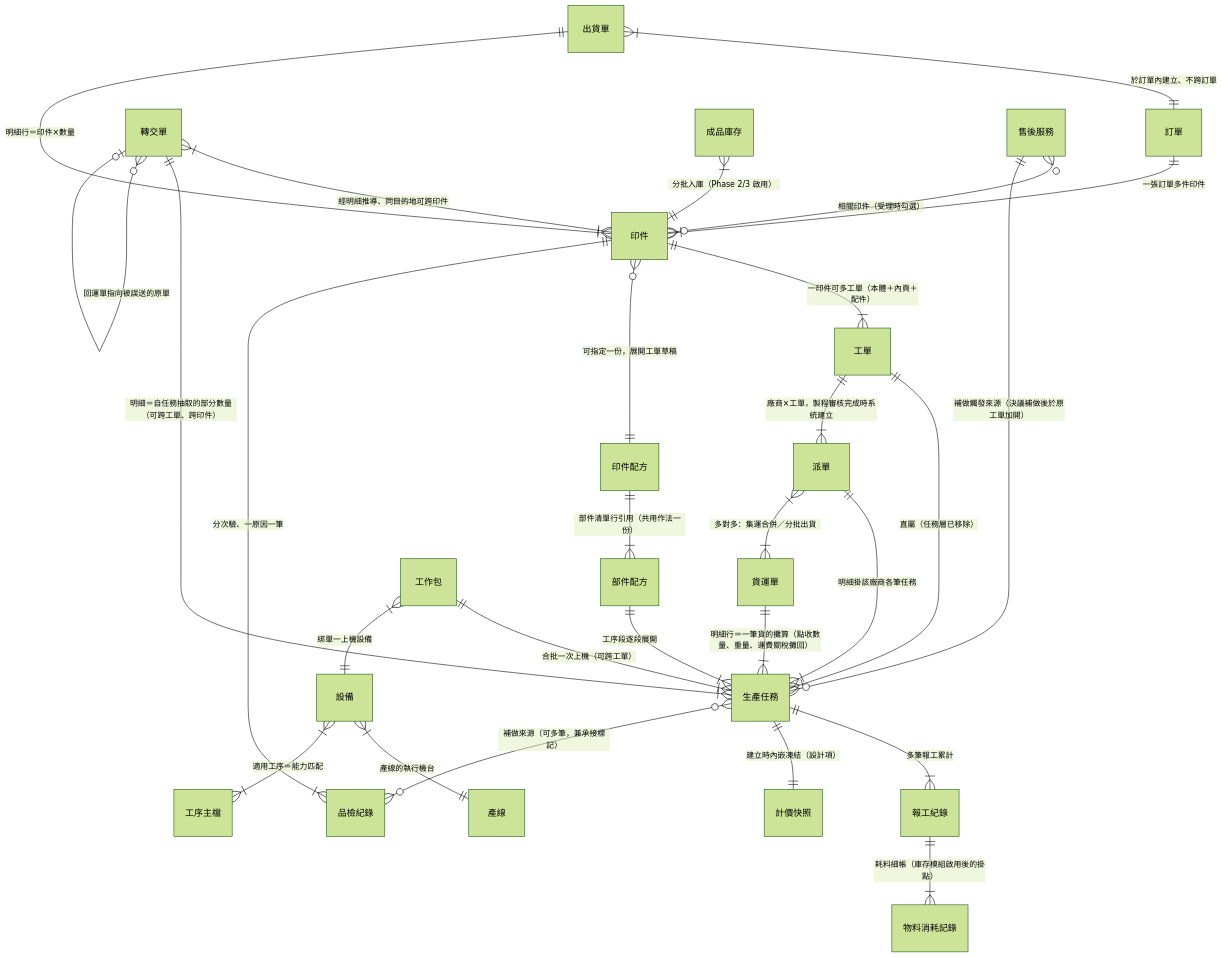
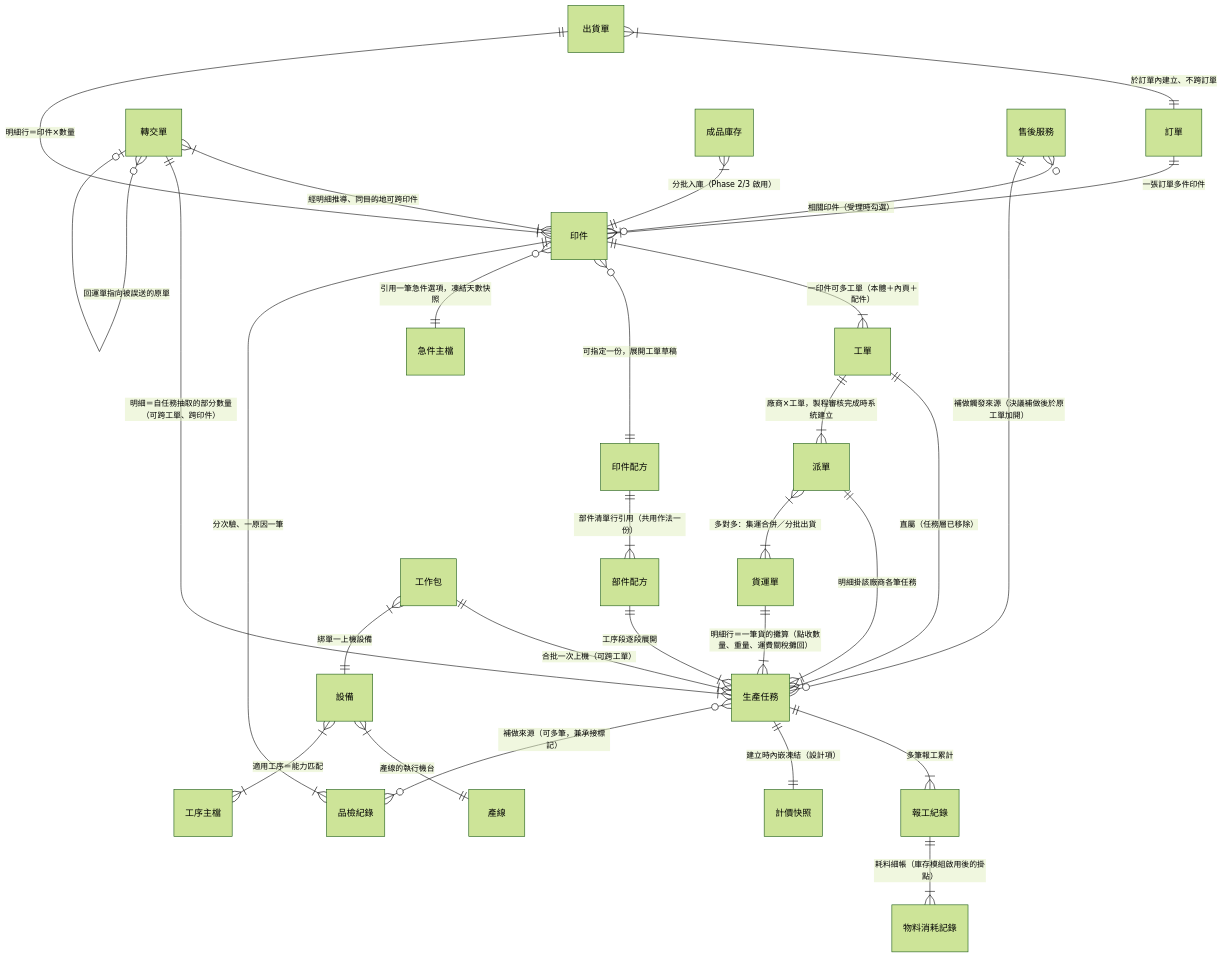
Before and after one commit to Kawato-Miles/erp-spec: the first of 4 diagrams in memory/Sens_wiki/wiki/erp/05-entities/生產領域資料結構總覽.md, drawn with Mermaid (forest theme). The commit also changed other lines of this file and 18 other files, not shown here.

````diff
--- a/memory/Sens_wiki/wiki/erp/05-entities/生產領域資料結構總覽.md
+++ b/memory/Sens_wiki/wiki/erp/05-entities/生產領域資料結構總覽.md
@@ -21,30 +21,31 @@
 ```mermaid
 erDiagram
     "訂單" ||--|{ "印件" : "一張訂單多件印件"
     "印件" ||--|{ "工單" : "一印件可多工單（本體＋內頁＋配件）"
     "印件" }o--|| "印件配方" : "可指定一份，展開工單草稿"
+    "印件" }o--|| "急件主檔" : "引用一筆急件選項，凍結天數快照"
     "印件配方" ||--|{ "部件配方" : "部件清單行引用（共用作法一份）"
     "部件配方" ||--|{ "生產任務" : "工序段逐段展開"
     "工單" ||--|{ "生產任務" : "直屬（任務層已移除）"
     "生產任務" ||--|{ "報工紀錄" : "多筆報工累計"
     "報工紀錄" ||--|{ "物料消耗記錄" : "耗料細帳（庫存模組啟用後的掛點）"
     "生產任務" ||--|| "計價快照" : "建立時內嵌凍結（設計項）"
     "工單" ||--|{ "派單" : "廠商×工單，製程審核完成時系統建立"
     "派單" ||--|{ "生產任務" : "明細掛該廠商各筆任務"
     "派單" }|--|{ "貨運單" : "多對多：集運合併／分批出貨"
     "貨運單" ||--|{ "生產任務" : "明細行＝一筆貨的攤算（點收數量、重量、運費關稅攤回）"
     "轉交單" }|--|{ "印件" : "經明細推導、同目的地可跨印件"
     "轉交單" ||--|{ "生產任務" : "明細＝自任務抽取的部分數量（可跨工單、跨印件）"
     "轉交單" }o--o| "轉交單" : "回運單指向被誤送的原單"
     "品檢紀錄" }|--|| "印件" : "分次驗、一原因一筆"
     "生產任務" }o--o{ "品檢紀錄" : "補做來源（可多筆，兼承接標記）"
     "工作包" ||--|{ "生產任務" : "合批一次上機（可跨工單）"
     "工作包" }|--|| "設備" : "綁單一上機設備"
     "設備" }|--|| "產線" : "產線的執行機台"
     "設備" }|--|{ "工序主檔" : "適用工序＝能力匹配"
     "出貨單" }|--|| "訂單" : "於訂單內建立、不跨訂單"
     "出貨單" ||--|{ "印件" : "明細行＝印件×數量"
     "成品庫存" }|--|| "印件" : "分批入庫（Phase 2/3 啟用）"
     "售後服務" }o--o{ "印件" : "相關印件（受理時勾選）"
     "售後服務" ||--o{ "生產任務" : "補做觸發來源（決議補做後於原工單加開）"
 ```
````
